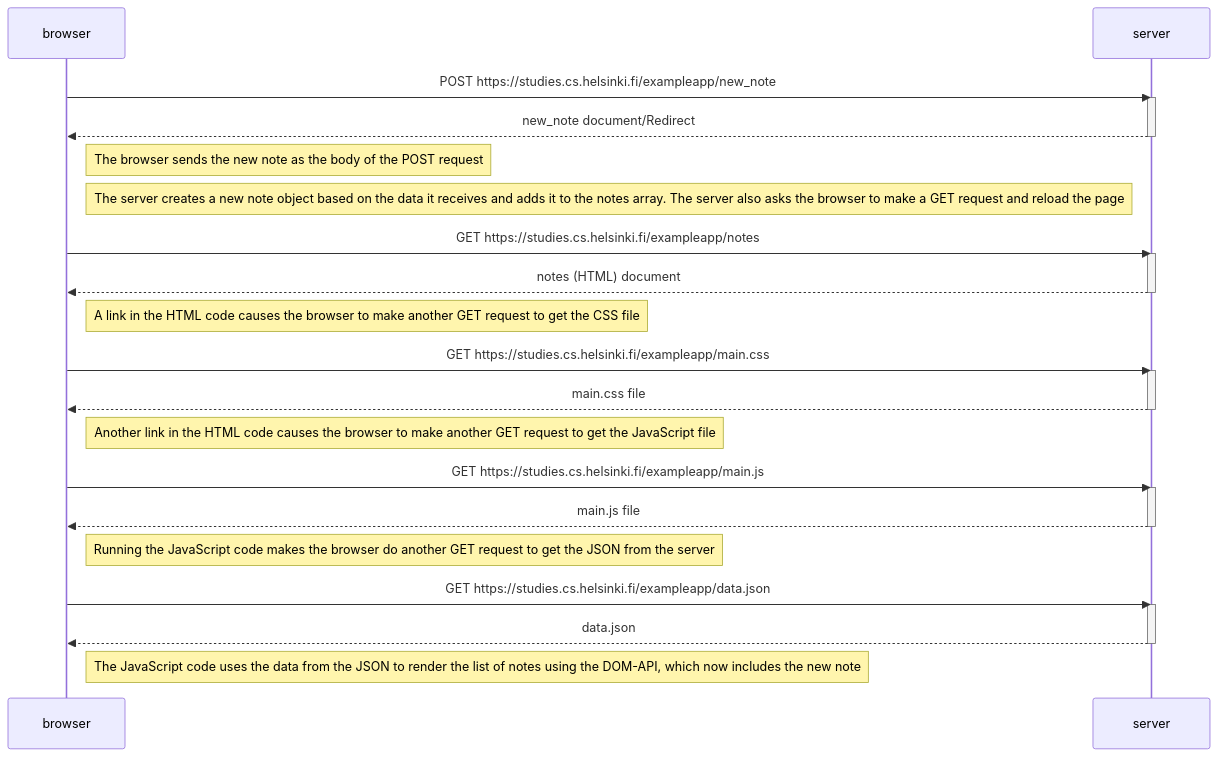
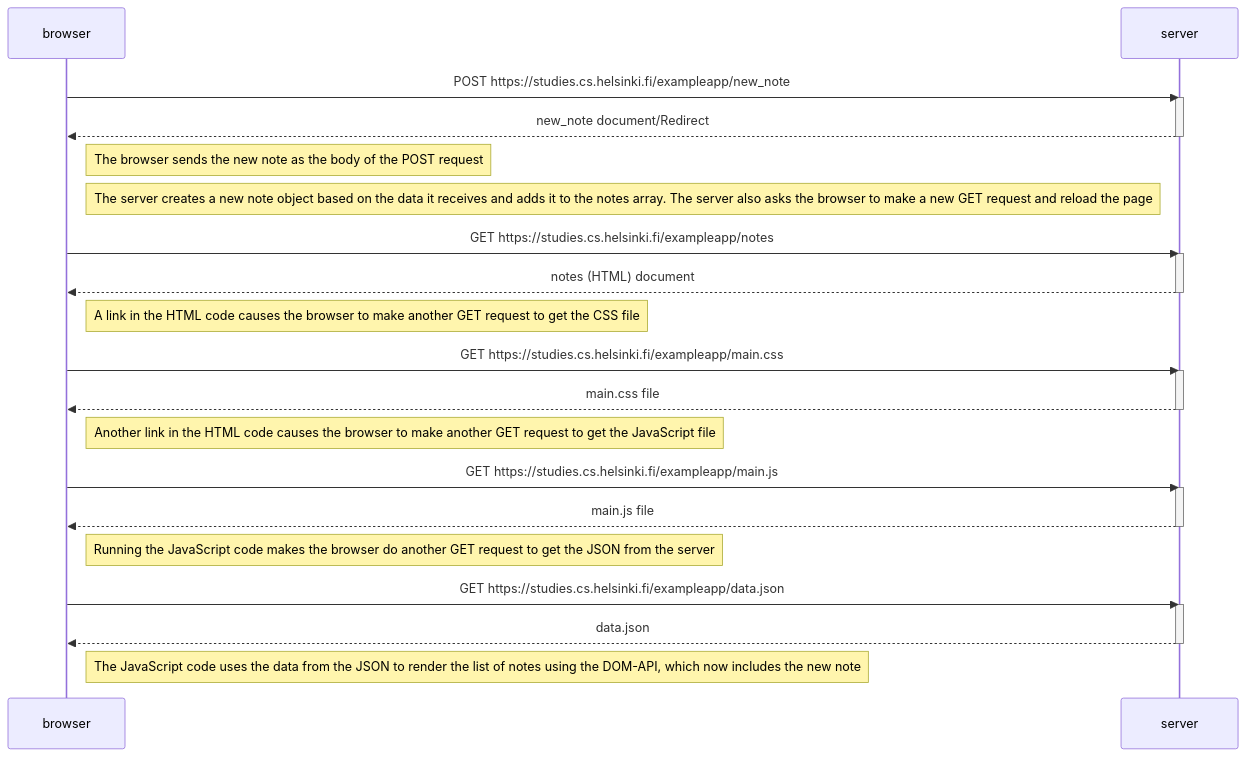
One commit to Evernew998/fullstackopen changed the diagram in part0/new_note_diagram.md. Above: the diagram before and after it, drawn with Mermaid. The commit also changed 2 other files, not shown here.

Commit message:
added new_note_in_spa_diagram updated new

````diff
--- a/part0/new_note_diagram.md
+++ b/part0/new_note_diagram.md
@@ -1,42 +1,42 @@
 ```mermaid
 sequenceDiagram
     participant browser
     participant server
 
      browser->>server: POST https://studies.cs.helsinki.fi/exampleapp/new_note
      activate server
      server-->>browser: new_note document/Redirect
      deactivate server
 
      Note right of browser: The browser sends the new note as the body of the POST request
 
-     Note left of server: The server creates a new note object based on the data it receives and adds it to the notes array. The server also asks the browser to make a GET request and reload the page
+     Note left of server: The server creates a new note object based on the data it receives and adds it to the notes array. The server also asks the browser to make a new GET request and reload the page
 
      browser->>server: GET https://studies.cs.helsinki.fi/exampleapp/notes
      activate server
      server-->>browser: notes (HTML) document
      deactivate server
 
      Note right of browser: A link in the HTML code causes the browser to make another GET request to get the CSS file
 
      browser->>server: GET https://studies.cs.helsinki.fi/exampleapp/main.css
      activate server
      server-->>browser: main.css file
      deactivate server
 
      Note right of browser: Another link in the HTML code causes the browser to make another GET request to get the JavaScript file
 
      browser->>server: GET https://studies.cs.helsinki.fi/exampleapp/main.js
      activate server
      server-->>browser: main.js file
      deactivate server
 
      Note right of browser: Running the JavaScript code makes the browser do another GET request to get the JSON from the server
 
      browser->>server: GET https://studies.cs.helsinki.fi/exampleapp/data.json
      activate server
      server-->>browser: data.json
      deactivate server
 
      Note right of browser: The JavaScript code uses the data from the JSON to render the list of notes using the DOM-API, which now includes the new note 
 ```
````
